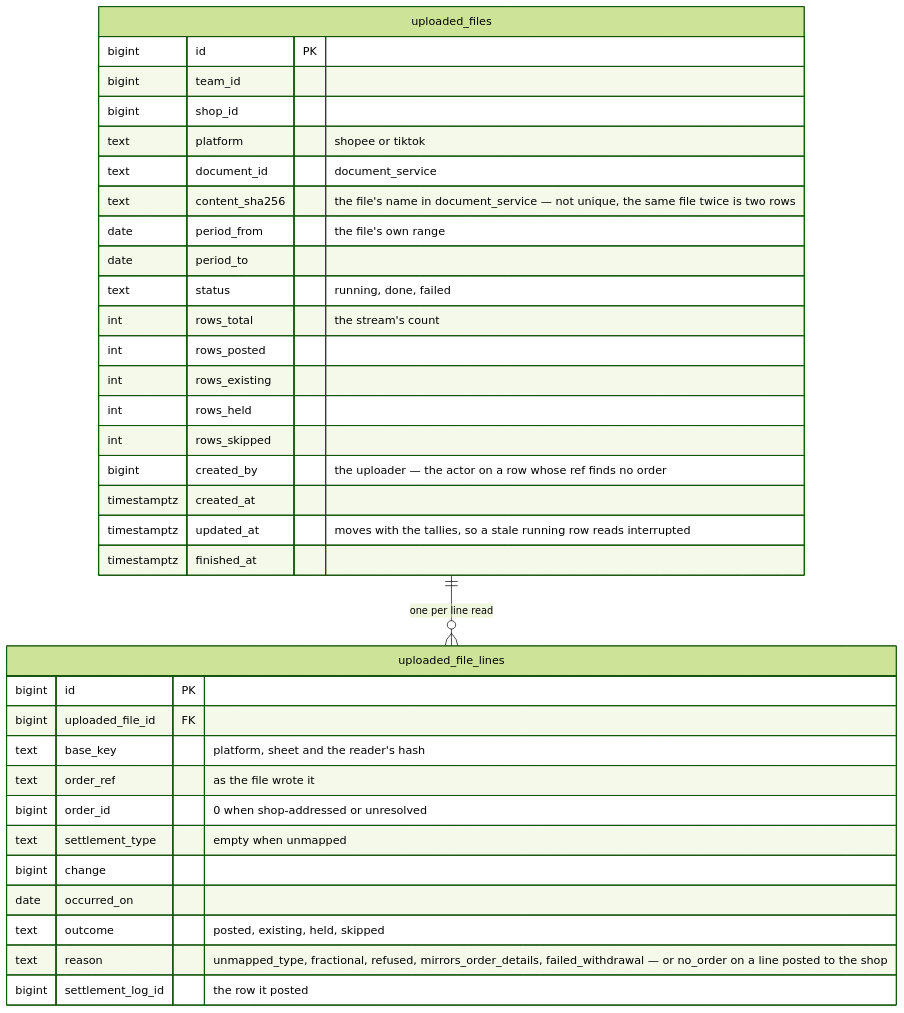
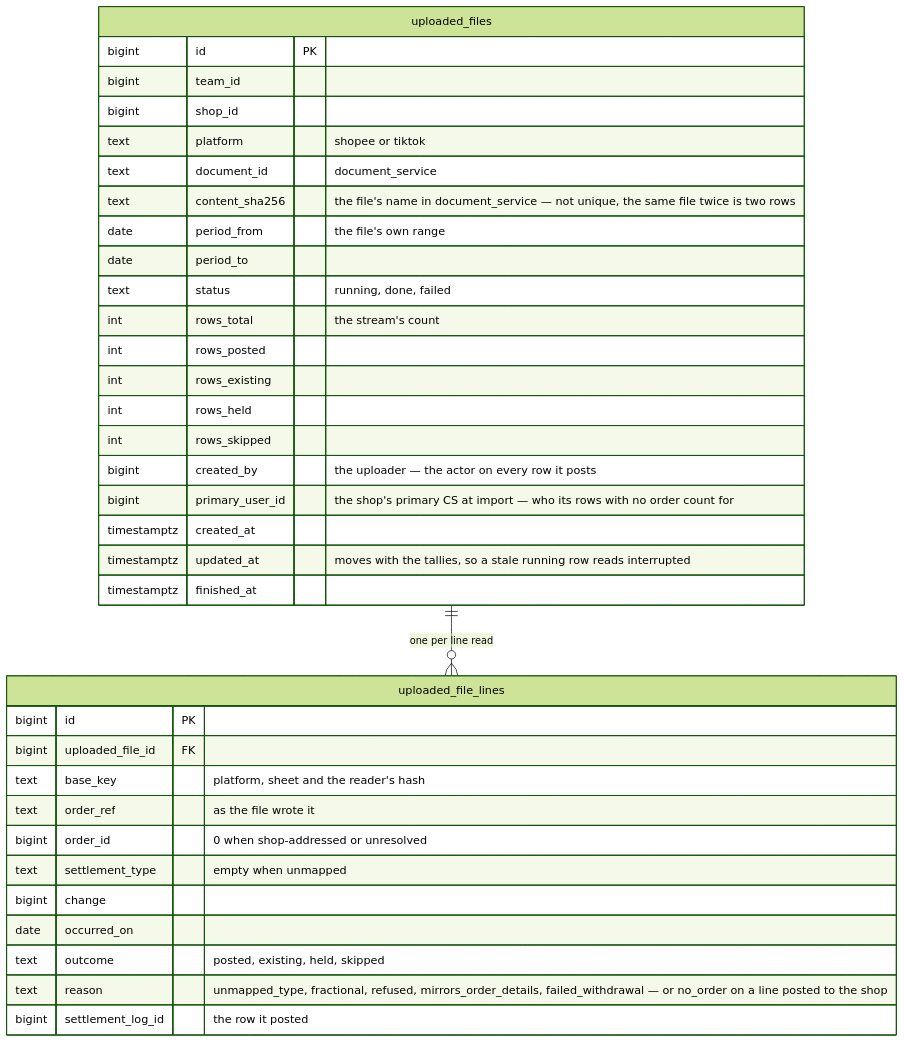
The fifth of 10 diagrams in docs/business/settlement/settlement_importer_clarify.md (pdcgo/warehouse_revamp), drawn with Mermaid (forest theme) before and after one commit. The commit also changed other lines of this file and 7 other files, not shown here.

First line of the commit message:
settlement: record user-id-is-the-orders-creator-else-the-shops-primary-cs

````diff
--- a/docs/business/settlement/settlement_importer_clarify.md
+++ b/docs/business/settlement/settlement_importer_clarify.md
@@ -217,37 +218,38 @@
 ```mermaid
 erDiagram
   uploaded_files ||--o{ uploaded_file_lines : "one per line read"
   uploaded_files {
     bigint id PK
     bigint team_id
     bigint shop_id
     text platform "shopee or tiktok"
     text document_id "document_service"
     text content_sha256 "the file's name in document_service — not unique, the same file twice is two rows"
     date period_from "the file's own range"
     date period_to
     text status "running, done, failed"
     int rows_total "the stream's count"
     int rows_posted
     int rows_existing
     int rows_held
     int rows_skipped
-    bigint created_by "the uploader — the actor on a row whose ref finds no order"
+    bigint created_by "the uploader — the actor on every row it posts"
+    bigint primary_user_id "the shop's primary CS at import — who its rows with no order count for"
     timestamptz created_at
     timestamptz updated_at "moves with the tallies, so a stale running row reads interrupted"
     timestamptz finished_at
   }
   uploaded_file_lines {
     bigint id PK
     bigint uploaded_file_id FK
     text base_key "platform, sheet and the reader's hash"
     text order_ref "as the file wrote it"
     bigint order_id "0 when shop-addressed or unresolved"
     text settlement_type "empty when unmapped"
     bigint change
     date occurred_on
     text outcome "posted, existing, held, skipped"
     text reason "unmapped_type, fractional, refused, mirrors_order_details, failed_withdrawal — or no_order on a line posted to the shop"
     bigint settlement_log_id "the row it posted"
   }
 ```
````
